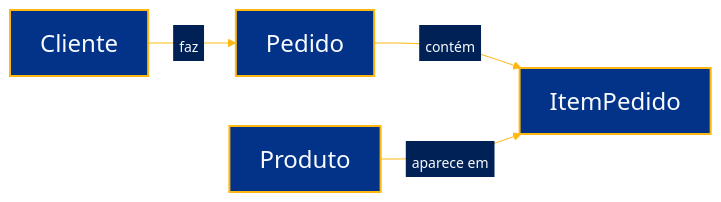
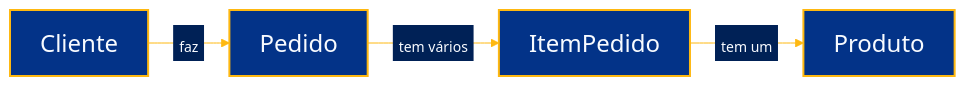
Before and after one commit to rodbv/orms-erros-comuns: the diagram in slides/slides.md, drawn with Mermaid. The commit also changed other lines of this file and 1 other file, not shown here.

Commit message:
fix: update flowchart labels for clarity and improve footer font-family consistency

````diff
--- a/slides/slides.md
+++ b/slides/slides.md
@@ -93,15 +93,15 @@
 ```mermaid
 %%{init: {"theme": "base", "themeVariables": {"background": "transparent", "fontSize": "24px", "lineColor": "#feb811", "primaryColor": "#033388", "primaryBorderColor": "#feb811", "primaryTextColor": "#f8fbff", "secondaryColor": "#033388", "secondaryTextColor": "#f8fbff", "tertiaryColor": "#033388", "tertiaryBorderColor": "#feb811", "tertiaryTextColor": "#f8fbff", "edgeLabelBackground": "#002156"}}}%%
 flowchart LR
   cliente[Cliente]
   pedido[Pedido]
   item[ItemPedido]
   produto[Produto]
 
   cliente -->|<span style='font-size:14px;padding:0 6px;display:inline-block'>faz</span>| pedido
-  pedido -->|<span style='font-size:14px;padding:0 6px;display:inline-block'>contém</span>| item
-  produto -->|<span style='font-size:14px;padding:0 6px;display:inline-block'>aparece em</span>| item
+  pedido -->|<span style='font-size:14px;padding:0 6px;display:inline-block'>tem vários</span>| item
+  item -->|<span style='font-size:14px;padding:0 6px;display:inline-block'>tem um</span>| produto
 
   classDef entidade fill:#033388,stroke:#feb811,stroke-width:2px,color:#f8fbff;
   class cliente,pedido,item,produto entidade;
 ```
````
